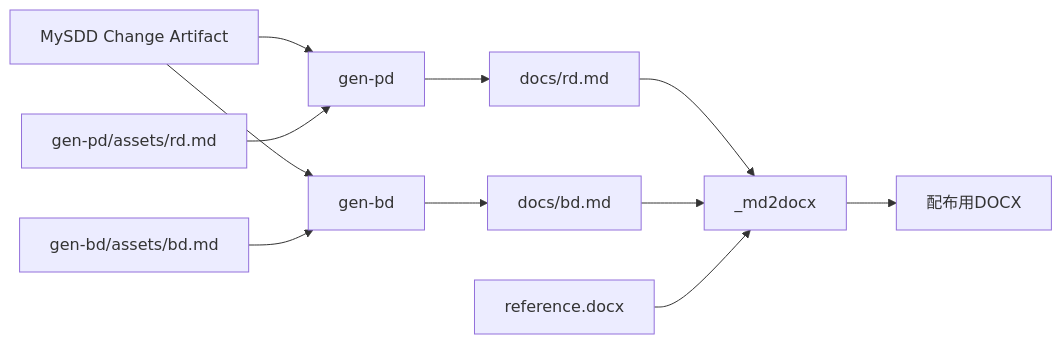
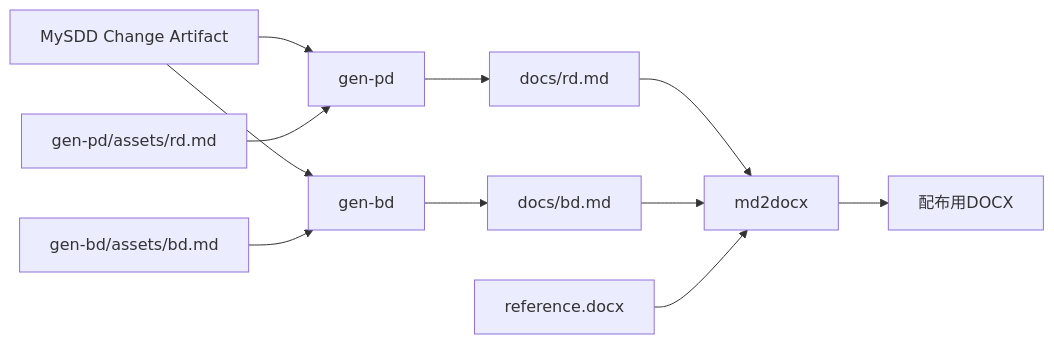
One commit to k5-mot/SETUP.md changed the second of 2 diagrams in docs/references/MySDD-Spec.md. Above: the diagram before and after it, drawn with Mermaid. The commit also changed other lines of this file and 13 other files, not shown here.

````diff
--- a/docs/references/MySDD-Spec.md
+++ b/docs/references/MySDD-Spec.md
@@ -384,13 +381,13 @@
 ```mermaid
 flowchart LR
     artifacts[MySDD Change Artifact] --> genpd[gen-pd]
     artifacts --> genbd[gen-bd]
     pdasset[gen-pd/assets/rd.md] --> genpd
     bdasset[gen-bd/assets/bd.md] --> genbd
     genpd --> rd[docs/rd.md]
     genbd --> bd[docs/bd.md]
-    rd --> md2docx[_md2docx]
+    rd --> md2docx[md2docx]
     bd --> md2docx
     reference[reference.docx] --> md2docx
     md2docx --> docx[配布用DOCX]
 ```
````
